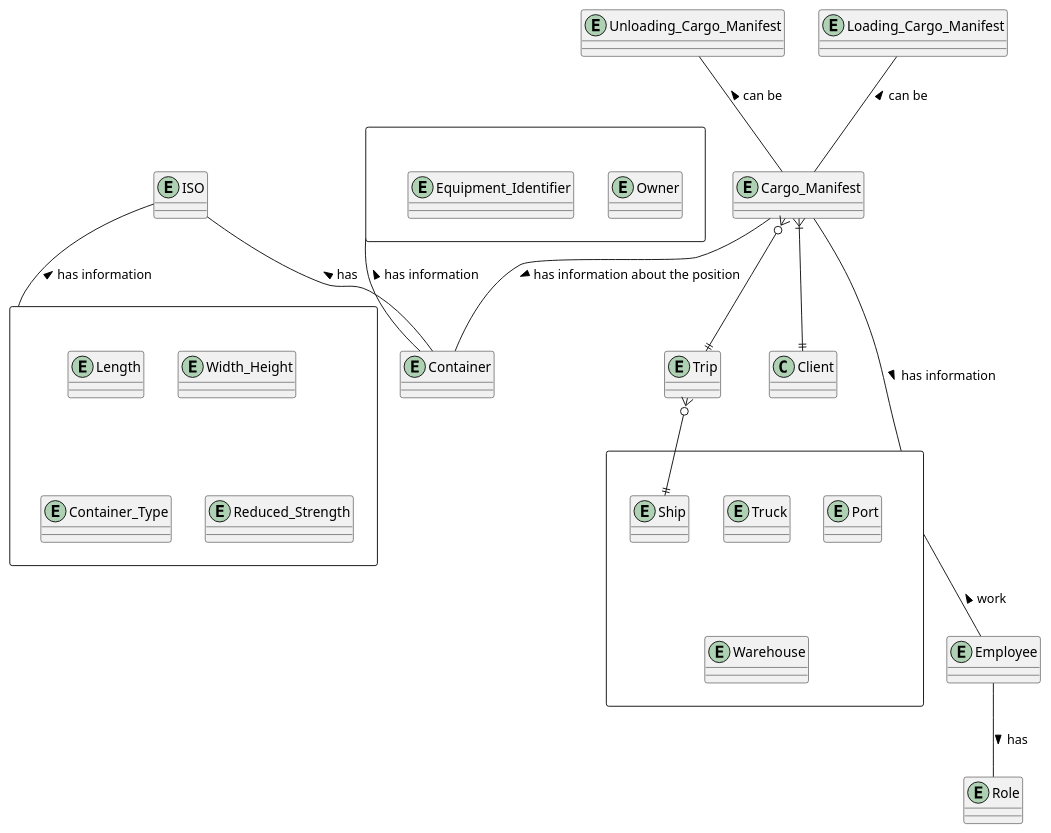
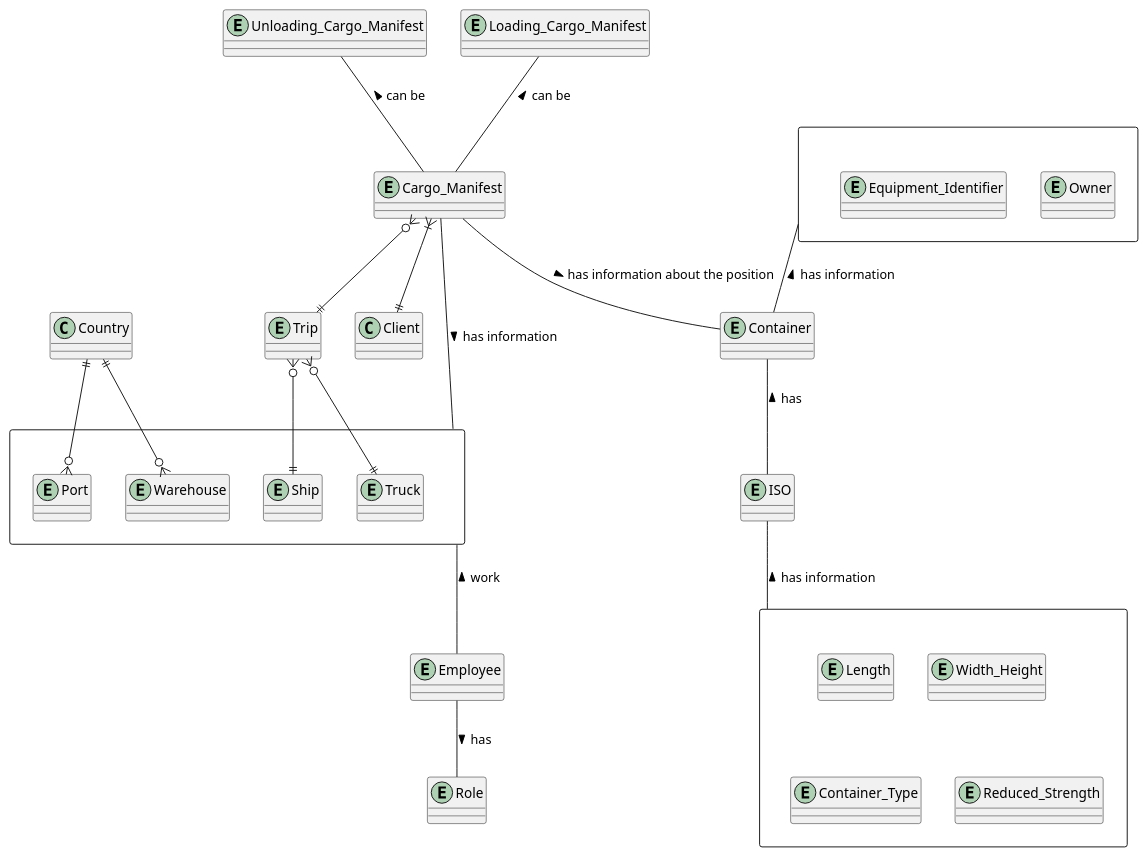
Before and after one commit to 1190772/LAB-Project-3: the diagram in docs/Sprint 3/US/US108/conceptual_model.puml, drawn with PlantUML. The commit also changed 1 other file, not shown here.

```diff
--- a/docs/Sprint 3/US/US108/conceptual_model.puml
+++ b/docs/Sprint 3/US/US108/conceptual_model.puml
@@ -1,55 +1,59 @@
 @startuml
 
 entity Container
 
 entity Cargo_Manifest
 entity Unloading_Cargo_Manifest
 entity Loading_Cargo_Manifest
 
 entity Trip
 
 rectangle " " as "toEmployee"{
 
         entity Truck
 
         entity Ship
         entity Port
         entity Warehouse
 
 }
 entity Employee
 
 entity Role
 rectangle " " as "toISO" {
     entity Length
     entity Width_Height
     entity Container_Type
     entity Reduced_Strength
 }
 entity ISO
 
 rectangle " " as "toIDContainer"{
     entity Owner
     entity Equipment_Identifier
 }
 
 Cargo_Manifest -- Container : has information about the position >
 
 Cargo_Manifest -- "toEmployee" : has information >
 
 
 "toIDContainer" -- Container : has information <
-ISO -- Container : has <
+Container -- ISO : has <
 ISO -- toISO : has information <
 
 Cargo_Manifest }o--|| Trip
 Trip }o--|| Ship
+Trip }o--|| Truck
 Cargo_Manifest }|--|| Client
 
 "toEmployee" -- Employee : work <
 Employee -- Role : has >
 
 Unloading_Cargo_Manifest -- Cargo_Manifest : can be <
 Loading_Cargo_Manifest -- Cargo_Manifest : can be <
 
+Country ||--o{ Port
+Country ||--o{ Warehouse
+
 @enduml
```
